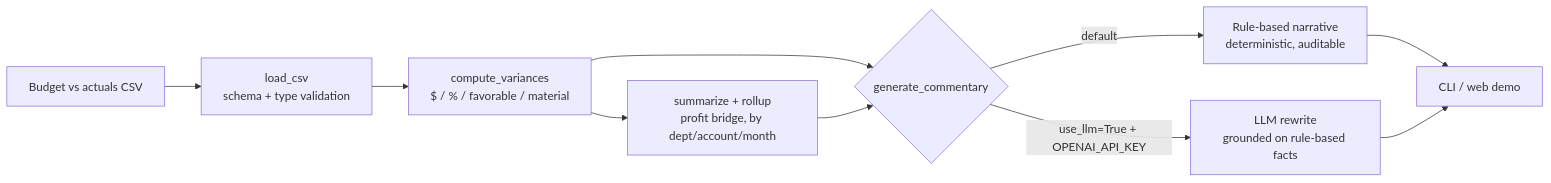
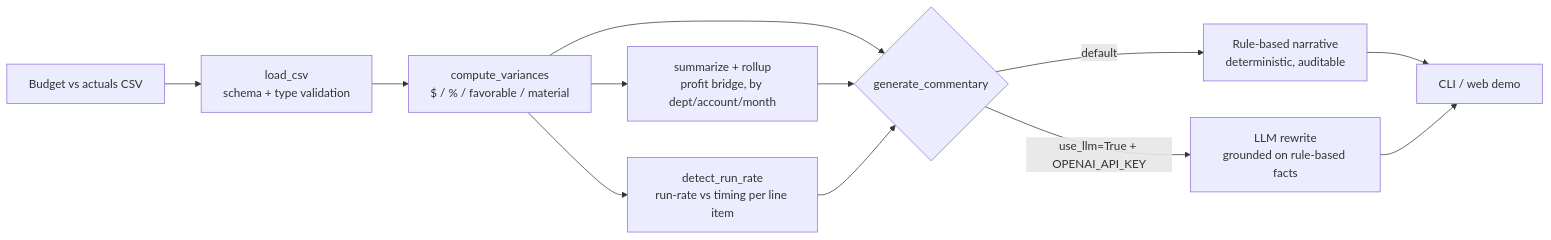
One commit to hrutishaa/ai-variance-analyst changed the diagram in README.md. Above: the diagram before and after it, drawn with Mermaid. The commit also changed other lines of this file and 13 other files, not shown here.

First line of the commit message:
feat: run-rate vs timing variance detection (v0.2.0)

````diff
--- a/README.md
+++ b/README.md
@@ -20,12 +21,14 @@
 ```mermaid
 flowchart LR
     CSV[Budget vs actuals CSV] --> L[load_csv<br/>schema + type validation]
     L --> V[compute_variances<br/>$ / % / favorable / material]
     V --> S[summarize + rollup<br/>profit bridge, by dept/account/month]
+    V --> RR[detect_run_rate<br/>run-rate vs timing per line item]
     V --> C{generate_commentary}
     S --> C
+    RR --> C
     C -->|default| R[Rule-based narrative<br/>deterministic, auditable]
     C -->|use_llm=True + OPENAI_API_KEY| LLM[LLM rewrite<br/>grounded on rule-based facts]
     R --> OUT[CLI / web demo]
     LLM --> OUT
 ```
````
